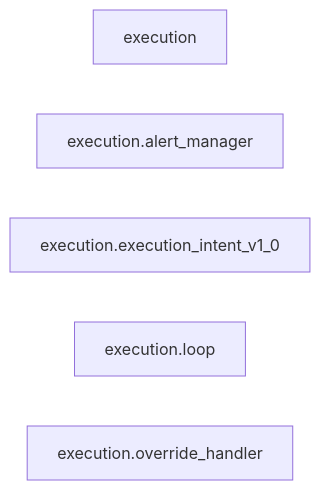
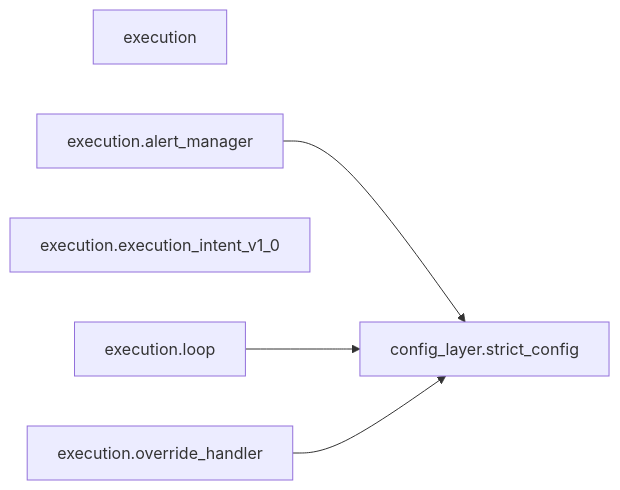
One commit to Chaithu1995-0312/TradeHlt changed diagram 13 of 41 in docs/architecture/code-map.generated.md. Above: the diagram before and after it, drawn with Mermaid. The commit also changed other lines of this file and 6 other files, not shown here.

````diff
--- a/docs/architecture/code-map.generated.md
+++ b/docs/architecture/code-map.generated.md
@@ -912,8 +987,12 @@
 ```mermaid
 flowchart LR
     execution["execution"]
     execution_alert_manager["execution.alert_manager"]
     execution_execution_intent_v1_0["execution.execution_intent_v1_0"]
     execution_loop["execution.loop"]
     execution_override_handler["execution.override_handler"]
+    config_layer_strict_config["config_layer.strict_config"]
+    execution_alert_manager --> config_layer_strict_config
+    execution_loop --> config_layer_strict_config
+    execution_override_handler --> config_layer_strict_config
 ```
````
